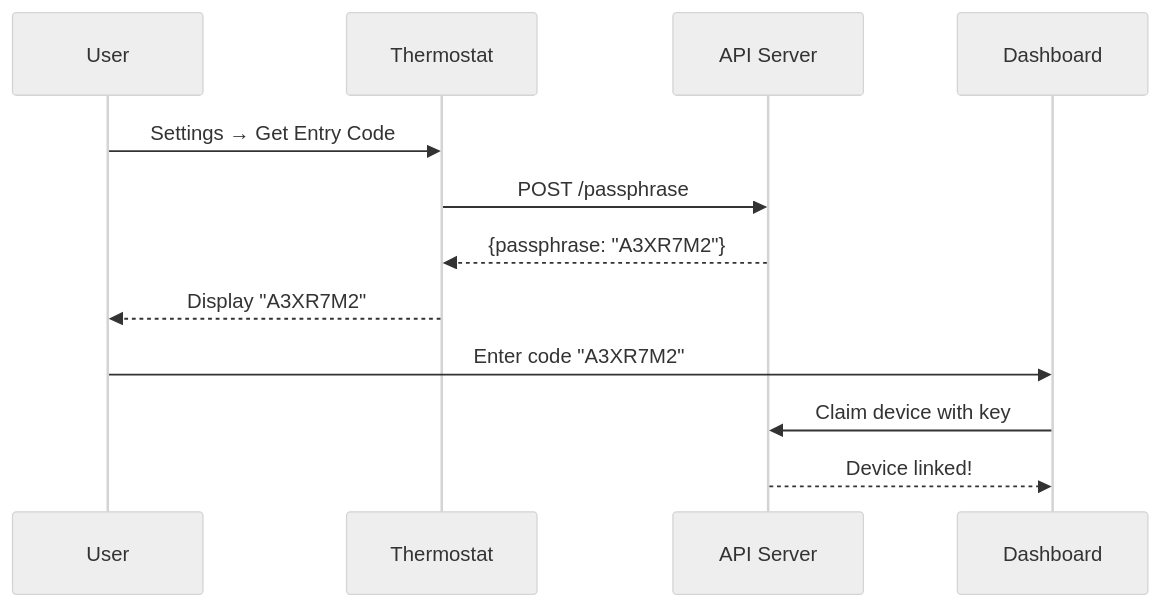
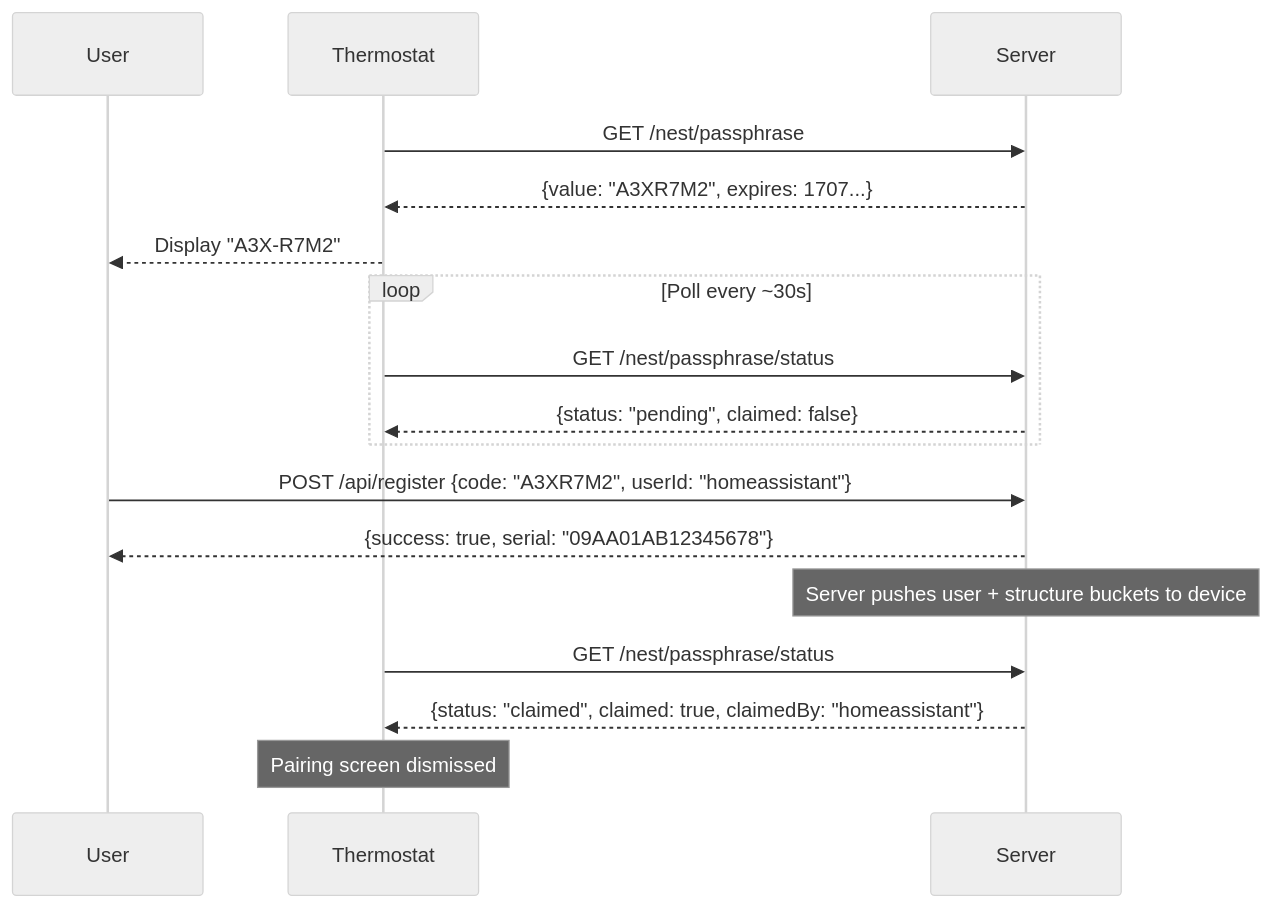
Before and after one commit to codykociemba/NoLongerEvil-docs: the diagram in api-reference/thermostat/passphrase.mdx, drawn with Mermaid (neutral theme). The commit also changed other lines of this file and 46 other files, not shown here.

Commit message:
docs: overhaul API reference and add Nest protocol documentation

````diff
--- a/api-reference/thermostat/passphrase.mdx
+++ b/api-reference/thermostat/passphrase.mdx
@@ -71,15 +131,23 @@
 ```mermaid
 sequenceDiagram
     participant U as User
     participant T as Thermostat
-    participant API as API Server
-    participant DB as Dashboard
+    participant S as Server
 
-    U->>T: Settings → Get Entry Code
-    T->>API: POST /passphrase
-    API-->>T: {passphrase: "A3XR7M2"}
-    T-->>U: Display "A3XR7M2"
-    U->>DB: Enter code "A3XR7M2"
-    DB->>API: Claim device with key
-    API-->>DB: Device linked!
+    T->>S: GET /nest/passphrase
+    S-->>T: {value: "A3XR7M2", expires: 1707...}
+    T-->>U: Display "A3X-R7M2"
+
+    loop Poll every ~30s
+        T->>S: GET /nest/passphrase/status
+        S-->>T: {status: "pending", claimed: false}
+    end
+
+    U->>S: POST /api/register {code: "A3XR7M2", userId: "homeassistant"}
+    S-->>U: {success: true, serial: "09AA01AB12345678"}
+    Note over S: Server pushes user + structure buckets to device
+
+    T->>S: GET /nest/passphrase/status
+    S-->>T: {status: "claimed", claimed: true, claimedBy: "homeassistant"}
+    Note over T: Pairing screen dismissed
 ```
````
